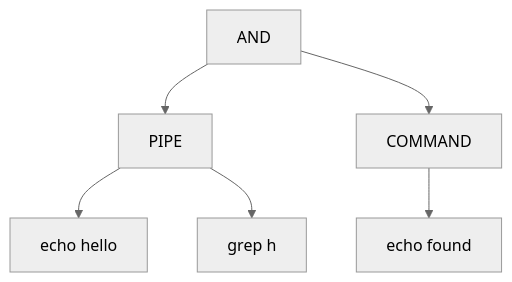
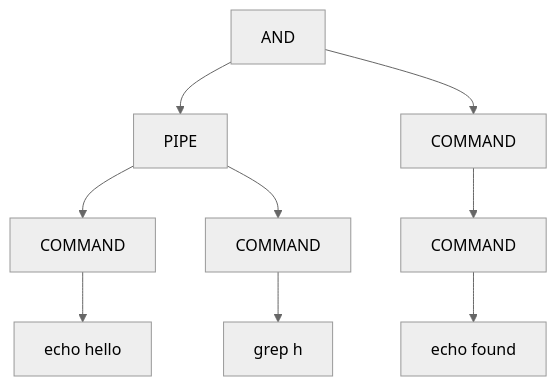
One commit to berkaygmcc/KeldShell changed the third of 3 diagrams in README.md. Above: the diagram before and after it, drawn with Mermaid (neutral theme).

````diff
--- a/README.md
+++ b/README.md
@@ -335,17 +335,23 @@
 ```mermaid
 graph TD
     %% NODES
     ROOT[AND]
     LEFT[PIPE]
     RIGHT[COMMAND]
+    COMMAND_NODE1[COMMAND]
+    COMMAND_NODE2[COMMAND]
+    COMMAND_NODE3[COMMAND]
     COMMAND1[echo hello]
     COMMAND2[grep h]
     COMMAND3[echo found]
 
     %% EDGES
     ROOT --> LEFT
     ROOT --> RIGHT
-    LEFT --> COMMAND1
-    LEFT --> COMMAND2
-    RIGHT --> COMMAND3
+    LEFT --> COMMAND_NODE1
+    LEFT --> COMMAND_NODE2
+    RIGHT --> COMMAND_NODE3
+    COMMAND_NODE1 --> COMMAND1
+    COMMAND_NODE2 --> COMMAND2
+    COMMAND_NODE3 --> COMMAND3
 ```
````
